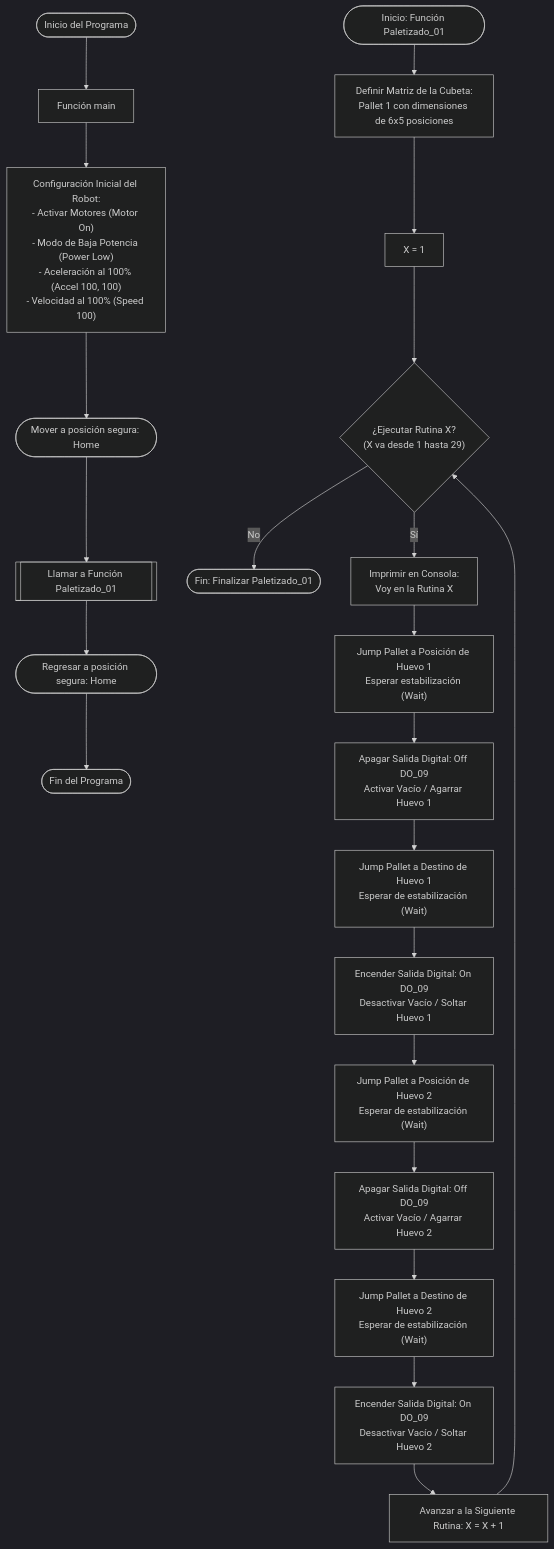
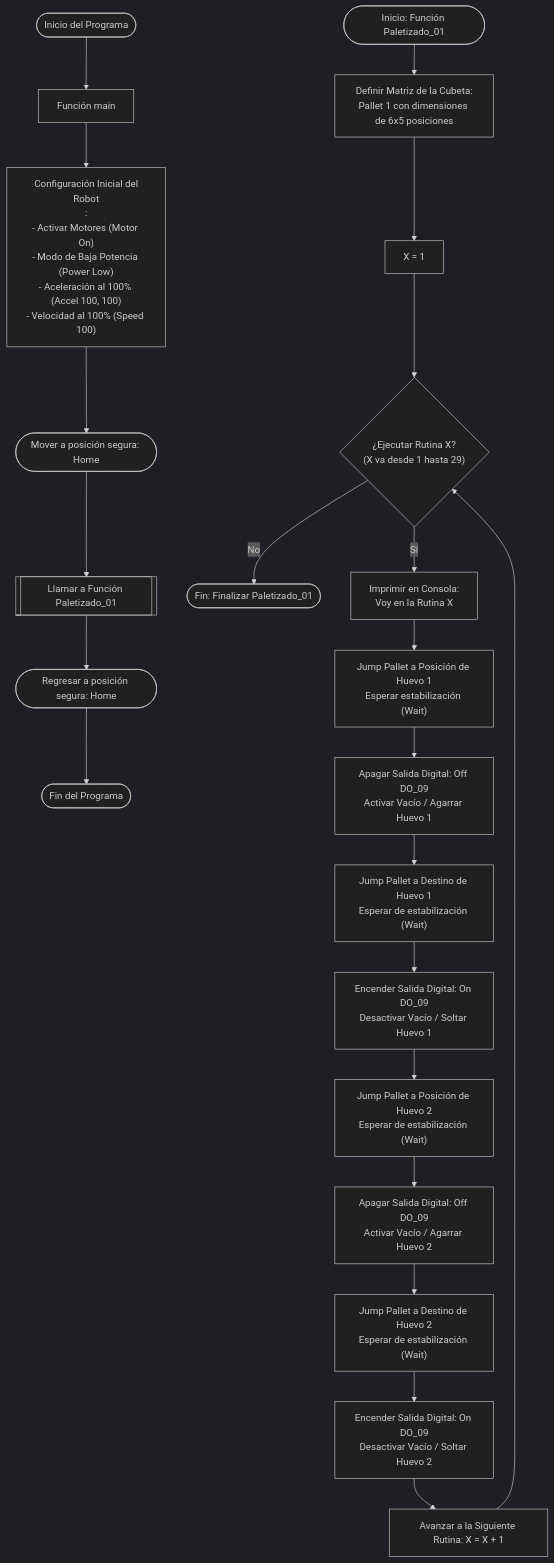
Before and after one commit to labsir-un/Robotica-2026-I-Equipo-3C-Moreno-Ramos: the diagram in Laboratorio No. 03 - Robótica Industrial EPSON T3 401S y EPSON RC+/README.MD, drawn with Mermaid (dark theme). The commit also changed other lines of this file, not shown here.

````diff
--- a/Laboratorio No. 03 - Robótica Industrial EPSON T3 401S y EPSON RC+/README.MD
+++ b/Laboratorio No. 03 - Robótica Industrial EPSON T3 401S y EPSON RC+/README.MD
@@ -240,25 +240,25 @@
 ```mermaid
 
 flowchart TB
     Start(["Inicio del Programa"]) --> Main["Función main"]
-    Main --> Init["Configuración Inicial del Robot:<br>- Activar Motores (Motor On)<br>- Modo de Baja Potencia (Power Low)<br>- Aceleración al 100% (Accel 100, 100)<br>- Velocidad al 100% (Speed 100)"]
+    Main --> Init["Configuración Inicial del<br>Robot<br>:<br>- Activar Motores (Motor On)<br>- Modo de Baja Potencia (Power Low)<br>- Aceleración al 100% (Accel 100, 100)<br>- Velocidad al 100% (Speed 100)"]
     Init --> GoHome1(["Mover a posición segura: Home"])
     GoHome1 --> CallRoutine[["Llamar a Función Paletizado_01"]]
     CallRoutine --> GoHome2(["Regresar a posición segura: Home"])
     GoHome2 --> EndProg(["Fin del Programa"])
     Start1(["Inicio: Función Paletizado_01"]) --> DefPallet["Definir Matriz de la Cubeta:<br>Pallet 1 con dimensiones de 6x5 posiciones"]
     DefPallet -->x["X = 1"]
     x --> RoutineLoop{"¿Ejecutar Rutina X?<br>(X va desde 1 hasta 29)"}
     RoutineLoop -- No --> EndRoutine(["Fin: Finalizar Paletizado_01"])
     RoutineLoop -- Sí --> PrintMsg["Imprimir en Consola:<br>Voy en la Rutina X"]
     PrintMsg --> PickH1["Jump Pallet a Posición de Huevo 1<br>Esperar estabilización (Wait)"]
     PickH1 --> GrabH1["Apagar Salida Digital: Off DO_09<br>Activar Vacío / Agarrar Huevo 1"]
     GrabH1 --> DropH1["Jump Pallet a Destino de Huevo 1<br>Esperar de estabilización (Wait)"]
     DropH1 --> ReleaseH1["Encender Salida Digital: On DO_09<br>Desactivar Vacío / Soltar Huevo 1"]
     ReleaseH1 --> PickH2["Jump Pallet a Posición de Huevo 2<br>Esperar de estabilización (Wait)"]
     PickH2 --> GrabH2["Apagar Salida Digital: Off DO_09<br>Activar Vacío / Agarrar Huevo 2"]
     GrabH2 --> DropH2["Jump Pallet a Destino de Huevo 2<br>Esperar de estabilización (Wait)"]
     DropH2 --> ReleaseH2["Encender Salida Digital: On DO_09<br>Desactivar Vacío / Soltar Huevo 2"]
     ReleaseH2 --> NextRoutine["Avanzar a la Siguiente Rutina: X = X + 1"]
     NextRoutine --> RoutineLoop
 ```
````
